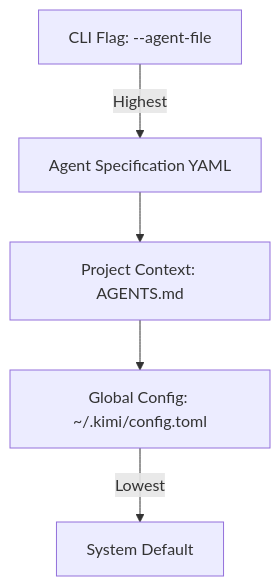
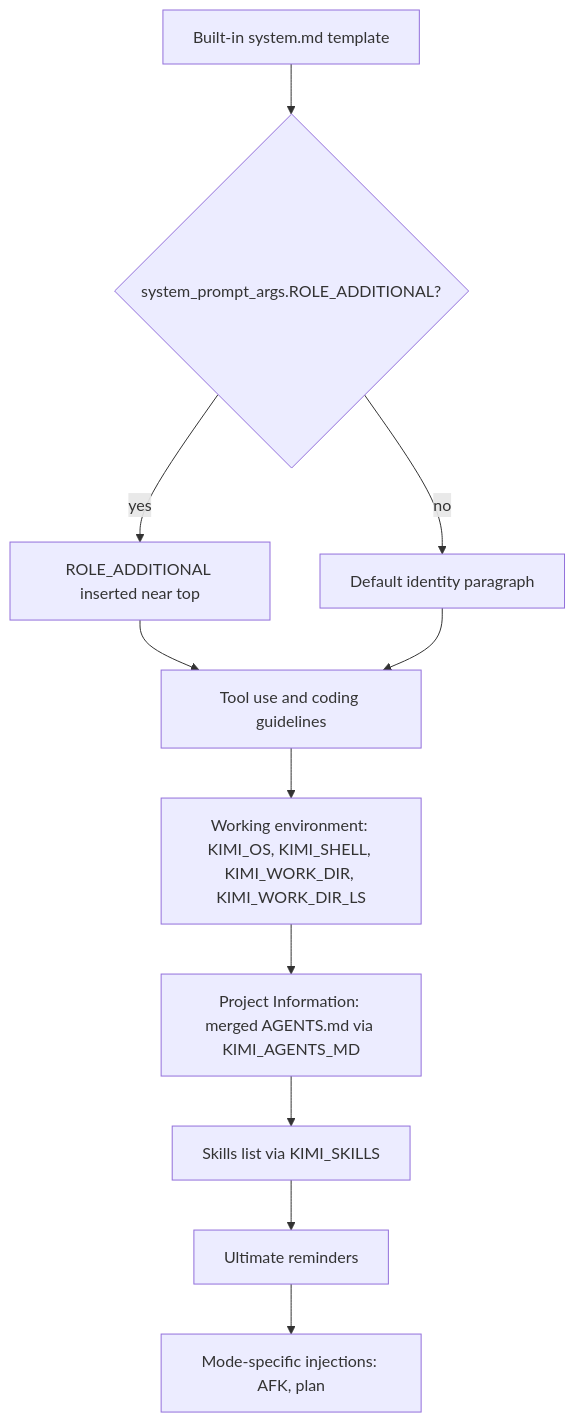
The diagram in claudine/docs/research/system-prompt/kimi.md (yankeeinlondon/rusty-biscuit), drawn with Mermaid before and after one commit. The commit also changed other lines of this file and 9 other files, not shown here.

First line of the commit message:
docs(claudine): expand system-prompt fleet with new providers

````diff
--- a/claudine/docs/research/system-prompt/kimi.md
+++ b/claudine/docs/research/system-prompt/kimi.md
@@ -56,7 +301,13 @@
 ```mermaid
 graph TD
-    A[CLI Flag: --agent-file] -->|Highest| B[Agent Specification YAML]
-    B --> C[Project Context: AGENTS.md]
-    C --> D[Global Config: ~/.kimi/config.toml]
-    D -->|Lowest| E[System Default]
+    A[Built-in system.md template] --> B{system_prompt_args.ROLE_ADDITIONAL?}
+    B -->|yes| C[ROLE_ADDITIONAL inserted near top]
+    B -->|no| D[Default identity paragraph]
+    C --> E[Tool use and coding guidelines]
+    D --> E
+    E --> F[Working environment: KIMI_OS, KIMI_SHELL, KIMI_WORK_DIR, KIMI_WORK_DIR_LS]
+    F --> G[Project Information: merged AGENTS.md via KIMI_AGENTS_MD]
+    G --> H[Skills list via KIMI_SKILLS]
+    H --> I[Ultimate reminders]
+    I --> J[Mode-specific injections: AFK, plan]
 ```
````
